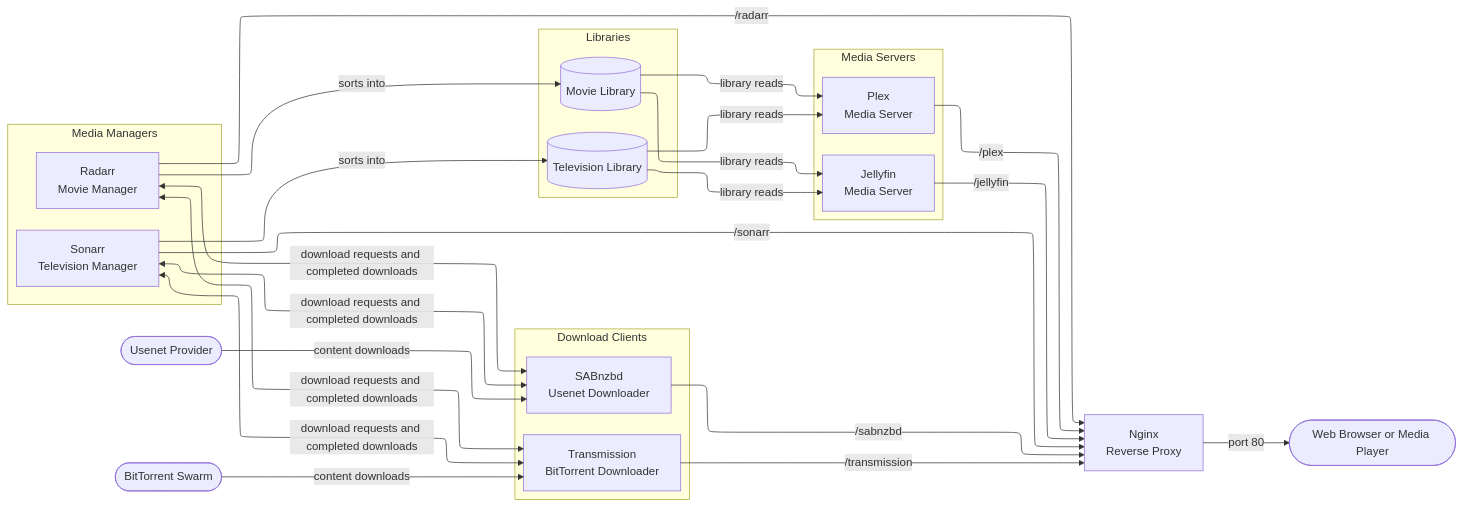
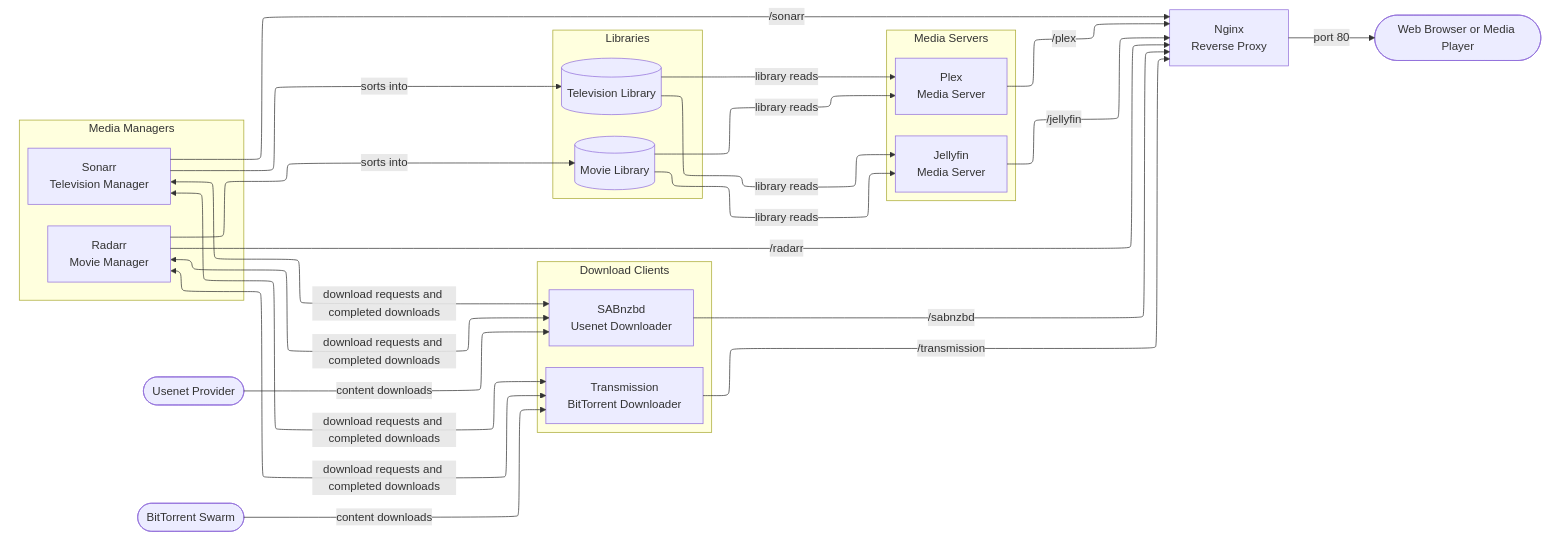
One commit to evinowen/bragi changed the diagram in README.md. Above: the diagram before and after it, drawn with Mermaid.

Commit message:
Add invisible edges between subgraphs to force LR ordering in Mermaid diagram

````diff
--- a/README.md
+++ b/README.md
@@ -20,54 +20,59 @@
 ```mermaid
 %%{init: {'flowchart': {'defaultRenderer': 'elk'}}}%%
 flowchart LR
     UP([Usenet Provider])
     BT_SRC([BitTorrent Swarm])
 
     subgraph downloaders[Download Clients]
         direction TB
         SAB["SABnzbd<br>Usenet Downloader"]
         TRN["Transmission<br>BitTorrent Downloader"]
     end
 
     subgraph managers[Media Managers]
         direction TB
         SON["Sonarr<br>Television Manager"]
         RAD["Radarr<br>Movie Manager"]
     end
 
     subgraph libraries[Libraries]
         direction TB
         TL[(Television Library)]
         ML[(Movie Library)]
     end
 
     subgraph servers[Media Servers]
         direction TB
         JF["Jellyfin<br>Media Server"]
         PL["Plex<br>Media Server"]
     end
 
     NGX["Nginx<br>Reverse Proxy"]
     CLIENT([Web Browser or Media Player])
 
+    downloaders ~~~ managers
+    managers ~~~ libraries
+    libraries ~~~ servers
+    servers ~~~ NGX
+
     UP -->|content downloads| SAB
     BT_SRC -->|content downloads| TRN
     SON <-->|download requests and completed downloads| SAB
     SON <-->|download requests and completed downloads| TRN
     RAD <-->|download requests and completed downloads| SAB
     RAD <-->|download requests and completed downloads| TRN
     SON -->|sorts into| TL
     RAD -->|sorts into| ML
     TL -->|library reads| JF
     ML -->|library reads| JF
     TL -->|library reads| PL
     ML -->|library reads| PL
 
     SAB -->|/sabnzbd| NGX
     TRN -->|/transmission| NGX
     SON -->|/sonarr| NGX
     RAD -->|/radarr| NGX
     JF -->|/jellyfin| NGX
     PL -->|/plex| NGX
     NGX -->|port 80| CLIENT
 ```
````
